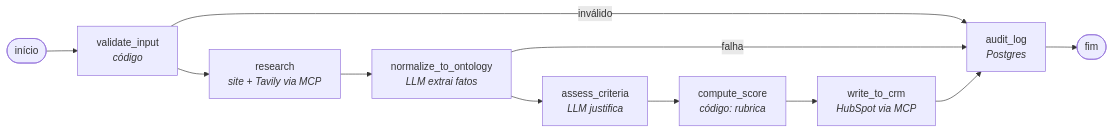
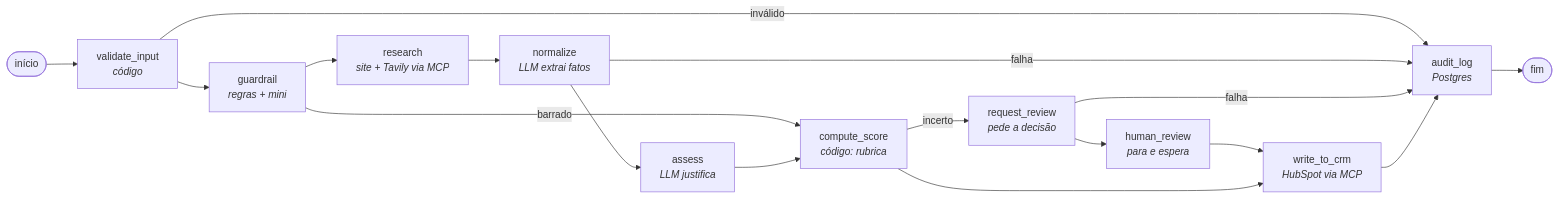
One commit to narcelioferreira/lead-qualifier changed the diagram in README.md. Above: the diagram before and after it, drawn with Mermaid. The commit also changed other lines of this file and 3 other files, not shown here.

````diff
--- a/README.md
+++ b/README.md
@@ -55,13 +63,19 @@
 ```mermaid
 flowchart LR
     S([início]) --> V[validate_input<br/><i>código</i>]
     V -- inválido --> AU
-    V --> R[research<br/><i>site + Tavily via MCP</i>]
-    R --> N[normalize_to_ontology<br/><i>LLM extrai fatos</i>]
+    V --> G[guardrail<br/><i>regras + mini</i>]
+    G -- barrado --> C
+    G --> R[research<br/><i>site + Tavily via MCP</i>]
+    R --> N[normalize<br/><i>LLM extrai fatos</i>]
     N -- falha --> AU
-    N --> A[assess_criteria<br/><i>LLM justifica</i>]
+    N --> A[assess<br/><i>LLM justifica</i>]
     A --> C[compute_score<br/><i>código: rubrica</i>]
+    C -- incerto --> RR[request_review<br/><i>pede a decisão</i>]
+    RR --> H[human_review<br/><i>para e espera</i>]
+    RR -- falha --> AU
+    H --> W
     C --> W[write_to_crm<br/><i>HubSpot via MCP</i>]
     W --> AU[audit_log<br/><i>Postgres</i>]
     AU --> E([fim])
 ```
````
